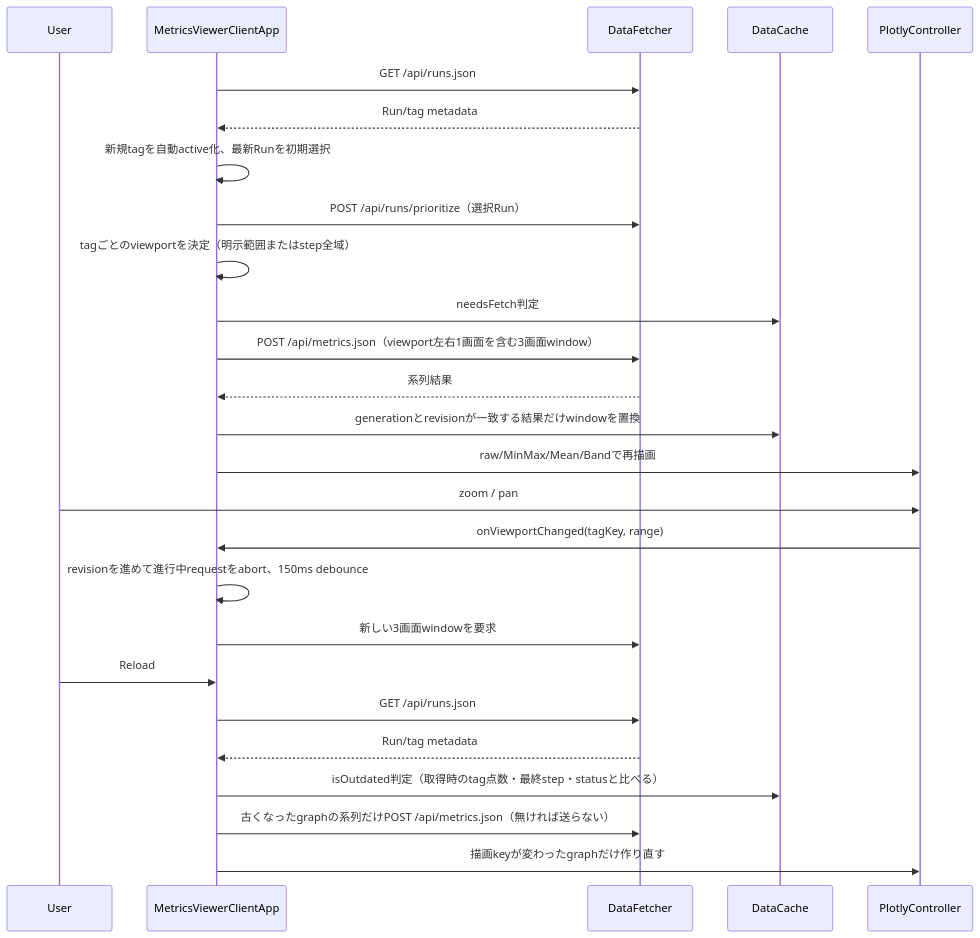
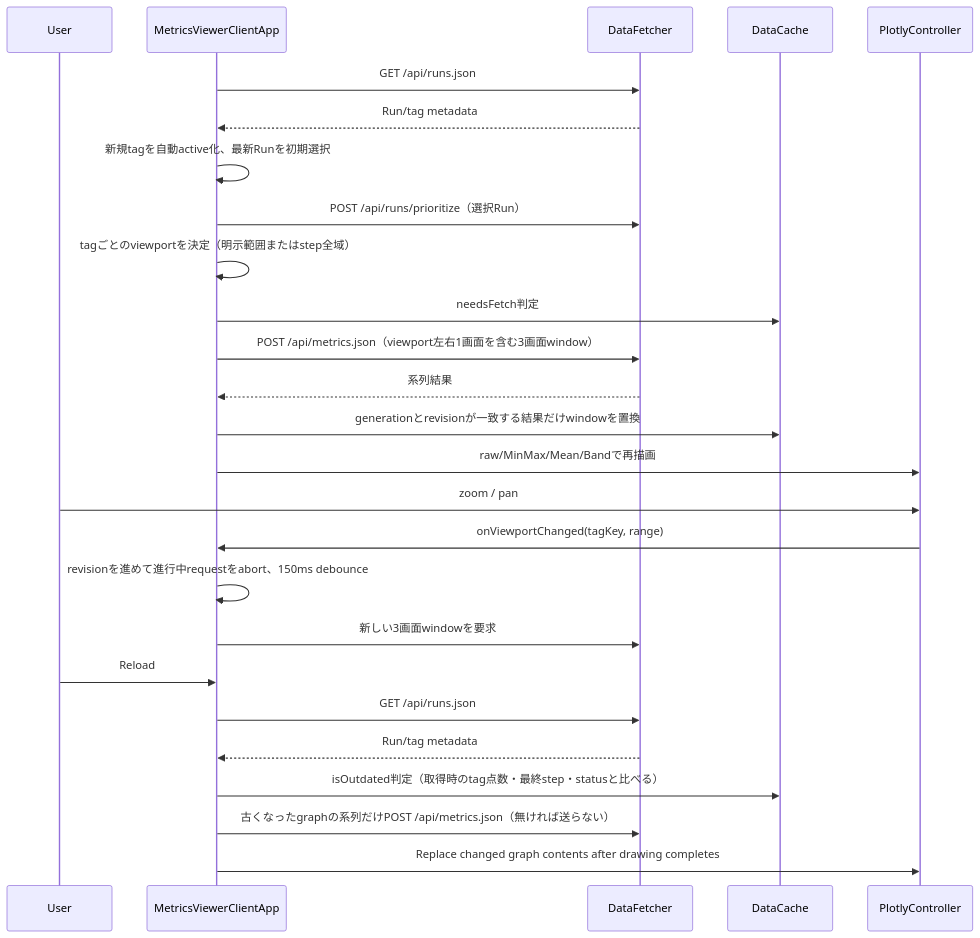
One commit to kazukin123/anet-lab changed the fifth of 5 diagrams in docs/design/210_metrics_viewer.en.md. Above: the diagram before and after it, drawn with Mermaid. The commit also changed other lines of this file and 60 other files, not shown here.

````diff
--- a/docs/design/210_metrics_viewer.en.md
+++ b/docs/design/210_metrics_viewer.en.md
@@ -526,31 +526,31 @@
 ```mermaid
 sequenceDiagram
     participant U as User
     participant A as MetricsViewerClientApp
     participant F as DataFetcher
     participant K as DataCache
     participant P as PlotlyController
 
     A->>F: GET /api/runs.json
     F-->>A: Run/tag metadata
     A->>A: 新規tagを自動active化、最新Runを初期選択
     A->>F: POST /api/runs/prioritize（選択Run）
     A->>A: tagごとのviewportを決定（明示範囲またはstep全域）
     A->>K: needsFetch判定
     A->>F: POST /api/metrics.json（viewport左右1画面を含む3画面window）
     F-->>A: 系列結果
     A->>K: generationとrevisionが一致する結果だけwindowを置換
     A->>P: raw/MinMax/Mean/Bandで再描画
 
     U->>P: zoom / pan
     P->>A: onViewportChanged(tagKey, range)
     A->>A: revisionを進めて進行中requestをabort、150ms debounce
     A->>F: 新しい3画面windowを要求
 
     U->>A: Reload
     A->>F: GET /api/runs.json
     F-->>A: Run/tag metadata
     A->>K: isOutdated判定（取得時のtag点数・最終step・statusと比べる）
     A->>F: 古くなったgraphの系列だけPOST /api/metrics.json（無ければ送らない）
-    A->>P: 描画keyが変わったgraphだけ作り直す
+    A->>P: Replace changed graph contents after drawing completes
 ```
````
